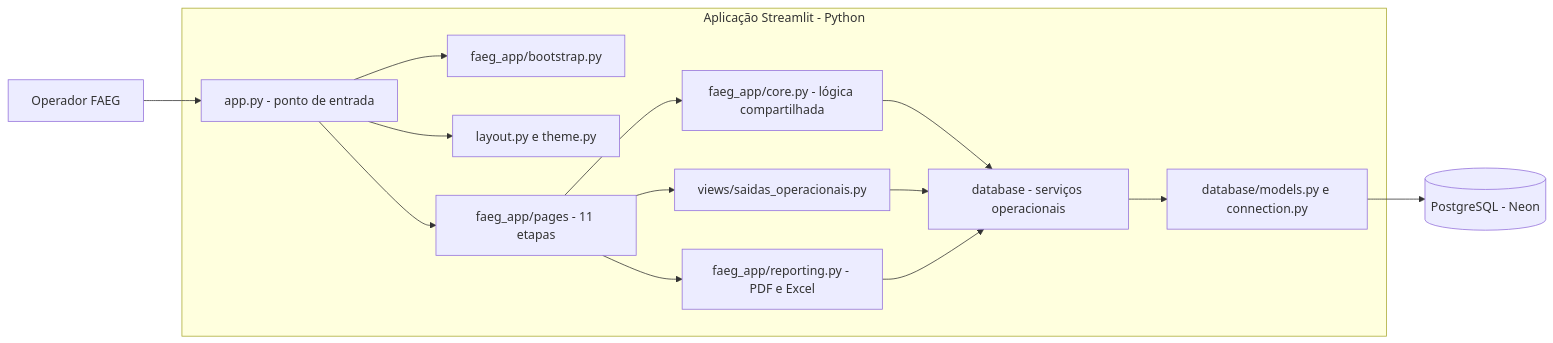
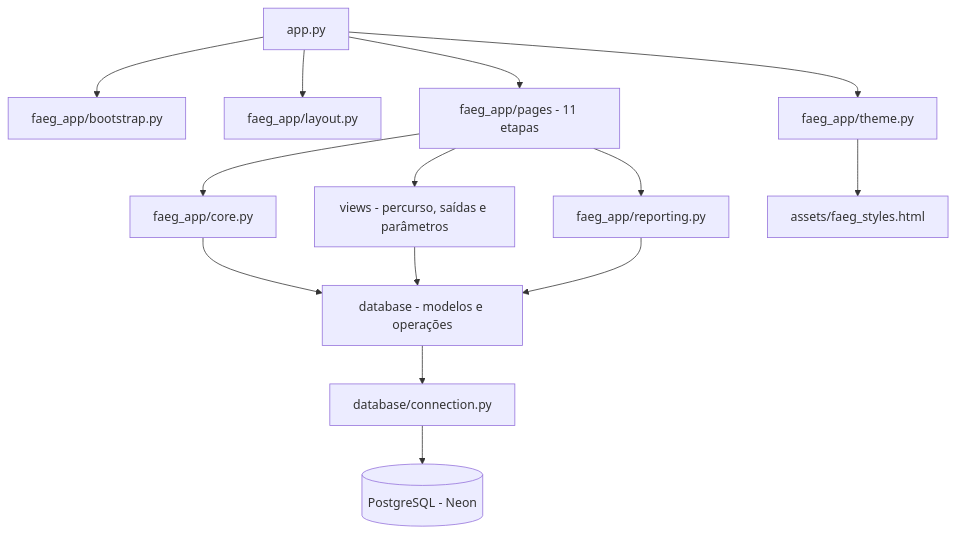
Before and after one commit to felpontes98/faeg-logistica-app: the second of 2 diagrams in docs/diagramas/componentes.md, drawn with Mermaid. The commit also changed other lines of this file and 28 other files, not shown here.

Commit message:
Ajuste 29: fluxo operacional, rascunhos e revisao dos diagramas

````diff
--- a/docs/diagramas/componentes.md
+++ b/docs/diagramas/componentes.md
@@ -5,28 +30,16 @@
 ```mermaid
-flowchart LR
-    P["Operador FAEG"]
-    subgraph APP["Aplicação Streamlit - Python"]
-        ENTRY["app.py - ponto de entrada"]
-        BOOT["faeg_app/bootstrap.py"]
-        LAYOUT["layout.py e theme.py"]
-        PAGES["faeg_app/pages - 11 etapas"]
-        CORE["faeg_app/core.py - lógica compartilhada"]
-        REPORT["faeg_app/reporting.py - PDF e Excel"]
-        VIEWS["views/saidas_operacionais.py"]
-        SERVICES["database - serviços operacionais"]
-        ORM["database/models.py e connection.py"]
-    end
-    DB[("PostgreSQL - Neon")]
-    P --> ENTRY
-    ENTRY --> BOOT
-    ENTRY --> LAYOUT
-    ENTRY --> PAGES
-    PAGES --> CORE
-    PAGES --> REPORT
-    PAGES --> VIEWS
-    CORE --> SERVICES
-    VIEWS --> SERVICES
-    REPORT --> SERVICES
-    SERVICES --> ORM
-    ORM --> DB
+flowchart TB
+    A["app.py"] --> BOOT["faeg_app/bootstrap.py"]
+    A --> L["faeg_app/layout.py"]
+    A --> T["faeg_app/theme.py"]
+    A --> P["faeg_app/pages - 11 etapas"]
+    P --> CORE["faeg_app/core.py"]
+    P --> V["views - percurso, saídas e parâmetros"]
+    P --> R["faeg_app/reporting.py"]
+    CORE --> D["database - modelos e operações"]
+    V --> D
+    R --> D
+    D --> C["database/connection.py"]
+    C --> N[("PostgreSQL - Neon")]
+    T --> CSS["assets/faeg_styles.html"]
 ```
````
